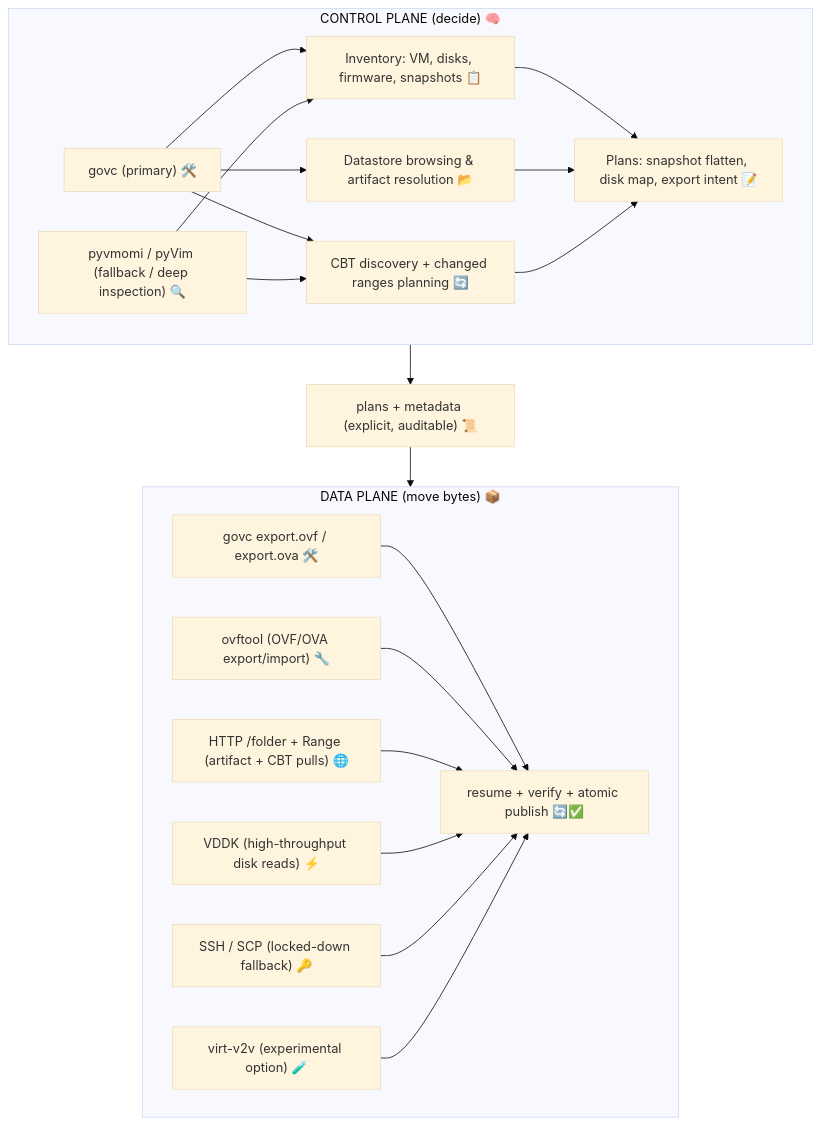
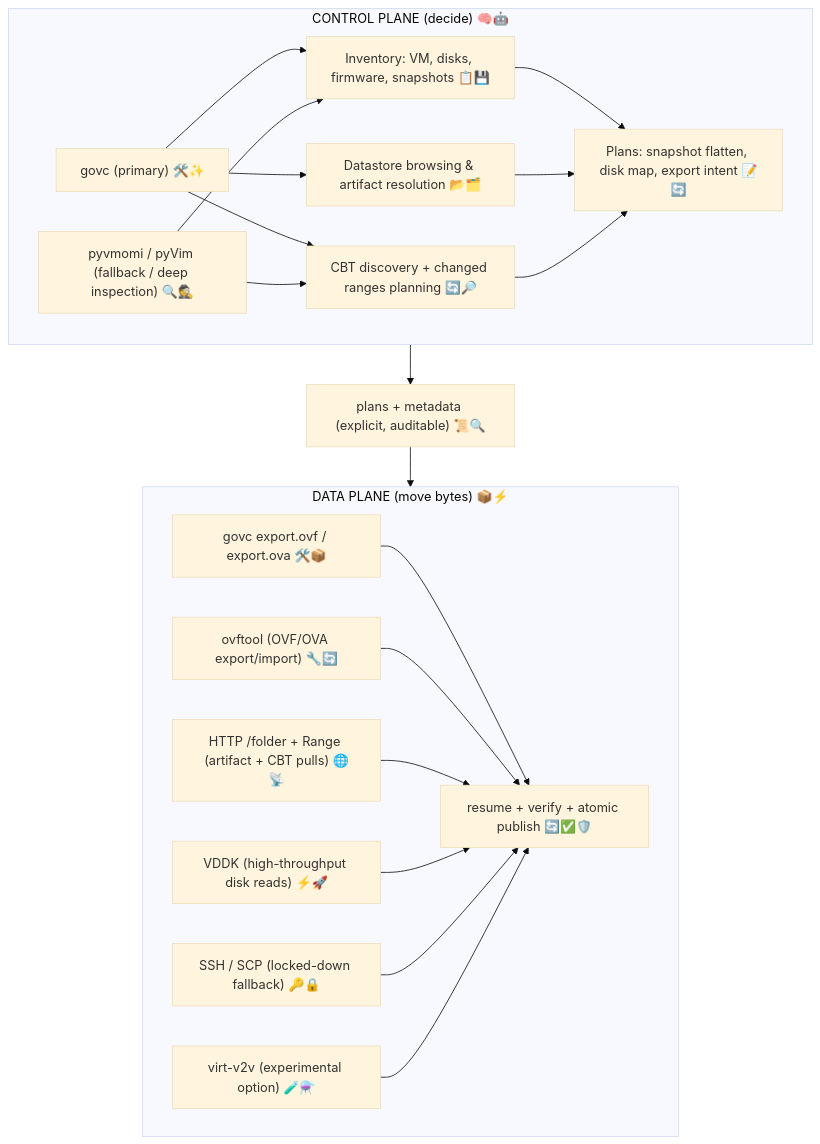
Before and after one commit to ssahani/hyper2kvm: the diagram in README.md, drawn with Mermaid (base theme). The commit also changed other lines of this file, not shown here.

````diff
--- a/README.md
+++ b/README.md
@@ -128,36 +128,36 @@
 ```mermaid
 flowchart TB
-  subgraph CP["CONTROL PLANE (decide) 🧠"]
-    GOVC["govc (primary) 🛠️"]
-    PYVM["pyvmomi / pyVim (fallback / deep inspection) 🔍"]
-    INV["Inventory: VM, disks, firmware, snapshots 📋"]
-    PLAN["Plans: snapshot flatten, disk map, export intent 📝"]
-    DS["Datastore browsing & artifact resolution 📂"]
-    CBT["CBT discovery + changed ranges planning 🔄"]
+  subgraph CP["CONTROL PLANE (decide) 🧠🤖"]
+    GOVC["govc (primary) 🛠️✨"]
+    PYVM["pyvmomi / pyVim (fallback / deep inspection) 🔍🕵️"]
+    INV["Inventory: VM, disks, firmware, snapshots 📋💾"]
+    PLAN["Plans: snapshot flatten, disk map, export intent 📝🔄"]
+    DS["Datastore browsing & artifact resolution 📂🗂️"]
+    CBT["CBT discovery + changed ranges planning 🔄🔎"]
     GOVC --> INV
     GOVC --> DS
     GOVC --> CBT
     PYVM --> INV
     PYVM --> CBT
     INV --> PLAN
     DS --> PLAN
     CBT --> PLAN
   end
-  META["plans + metadata (explicit, auditable) 📜"]
-  subgraph DP["DATA PLANE (move bytes) 📦"]
-    GOVCEXP["govc export.ovf / export.ova 🛠️"]
-    OVFTOOL["ovftool (OVF/OVA export/import) 🔧"]
-    HTTP["HTTP /folder + Range (artifact + CBT pulls) 🌐"]
-    VDDK["VDDK (high-throughput disk reads) ⚡"]
-    SSH["SSH / SCP (locked-down fallback) 🔑"]
-    V2V["virt-v2v (experimental option) 🧪"]
-    RESUME["resume + verify + atomic publish 🔄✅"]
+  META["plans + metadata (explicit, auditable) 📜🔍"]
+  subgraph DP["DATA PLANE (move bytes) 📦⚡"]
+    GOVCEXP["govc export.ovf / export.ova 🛠️📦"]
+    OVFTOOL["ovftool (OVF/OVA export/import) 🔧🔄"]
+    HTTP["HTTP /folder + Range (artifact + CBT pulls) 🌐📡"]
+    VDDK["VDDK (high-throughput disk reads) ⚡🚀"]
+    SSH["SSH / SCP (locked-down fallback) 🔑🔒"]
+    V2V["virt-v2v (experimental option) 🧪⚗️"]
+    RESUME["resume + verify + atomic publish 🔄✅🛡️"]
   end
   CP --> META --> DP
   GOVCEXP --> RESUME
   OVFTOOL --> RESUME
   HTTP --> RESUME
   VDDK --> RESUME
   SSH --> RESUME
   V2V --> RESUME
 ```
````
